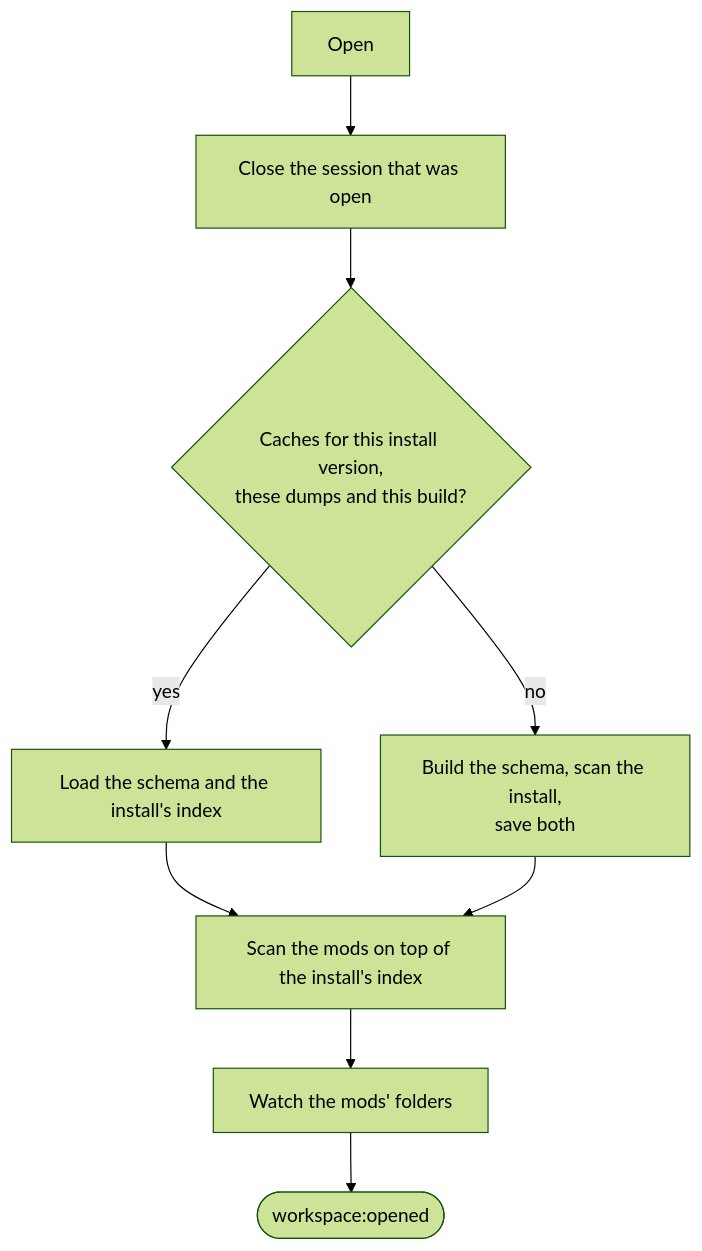
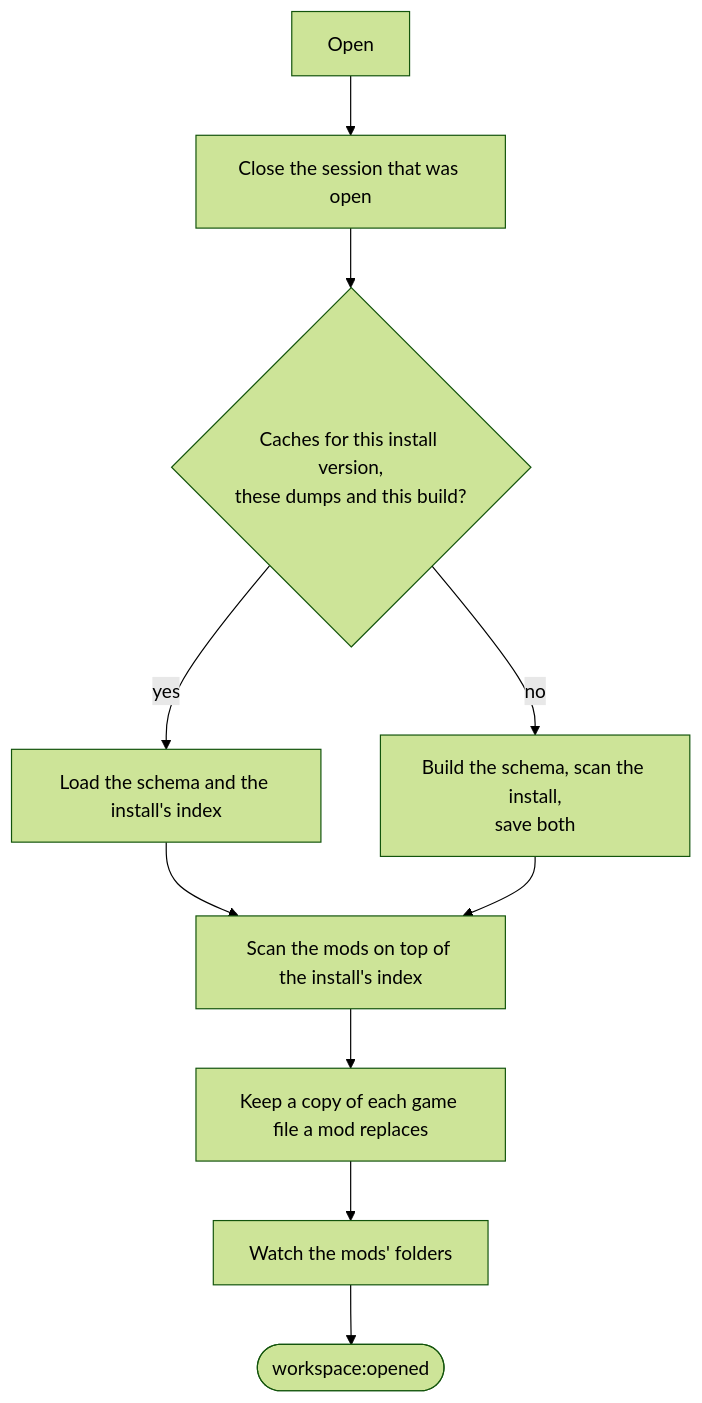
Before and after one commit to idodavis/paradox-modding-tools: the first of 2 diagrams in services/workspace/README.md, drawn with Mermaid (forest theme). The commit also changed other lines of this file and 120 other files, not shown here.

````diff
--- a/services/workspace/README.md
+++ b/services/workspace/README.md
@@ -21,11 +22,12 @@
 ```mermaid
 flowchart TD
   open["Open"] --> close["Close the session that was open"]
   close --> fresh{"Caches for this install version,<br/>these dumps and this build?"}
   fresh -->|yes| load["Load the schema and the install's index"]
   fresh -->|no| build["Build the schema, scan the install,<br/>save both"]
   load --> mods["Scan the mods on top of the install's index"]
   build --> mods
-  mods --> watch["Watch the mods' folders"]
+  mods --> copies["Keep a copy of each game file a mod replaces"]
+  copies --> watch["Watch the mods' folders"]
   watch --> opened(["workspace:opened"])
 ```
````
